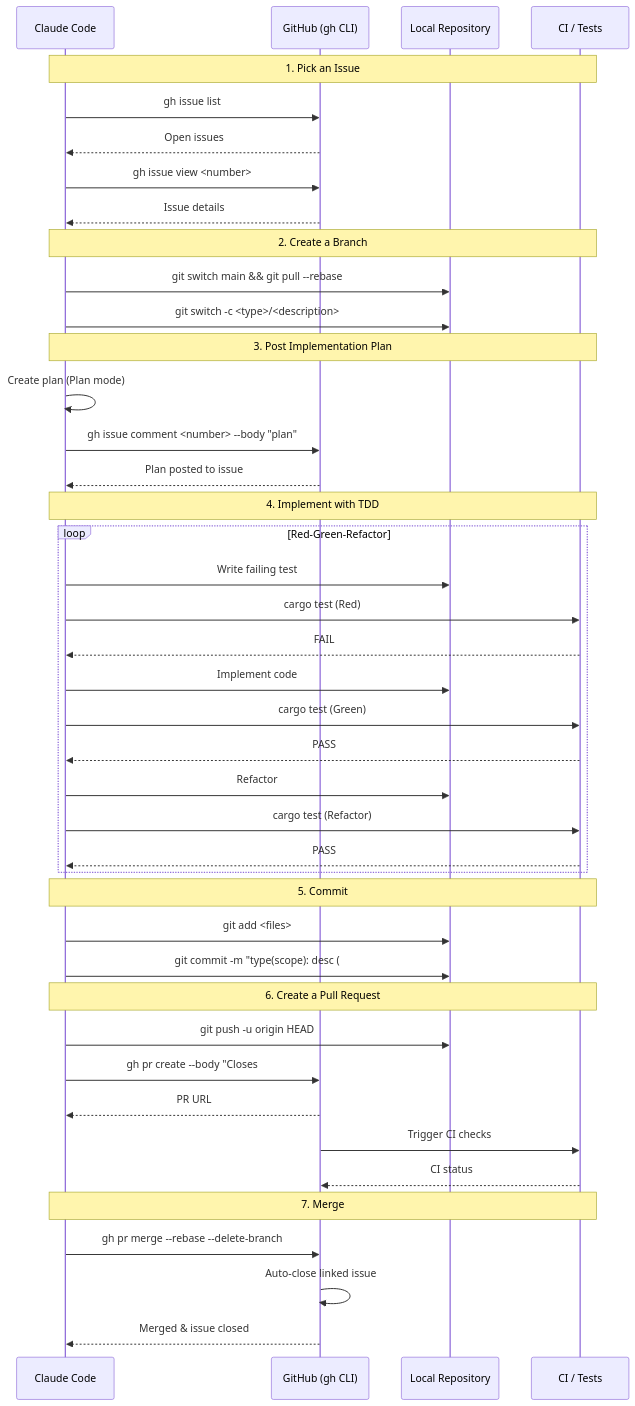
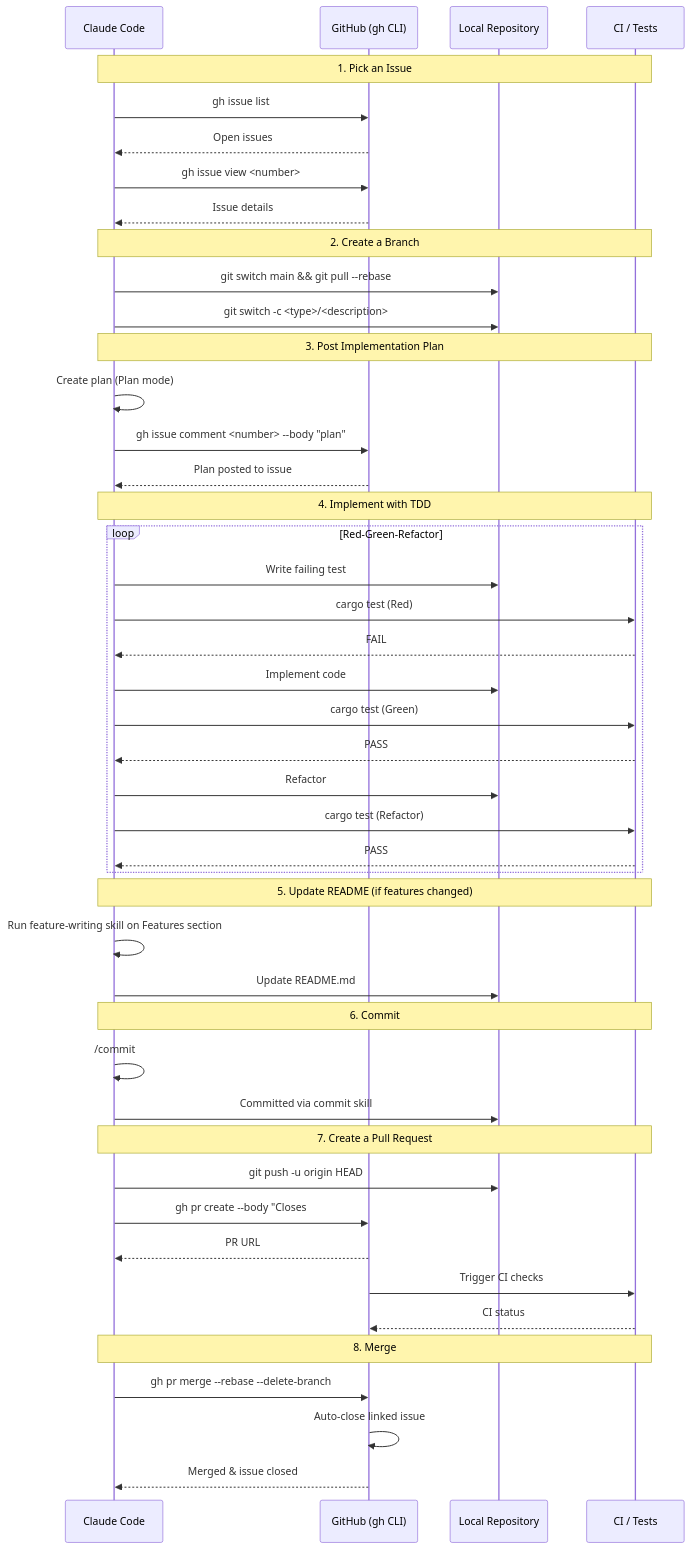
Before and after one commit to sotayamashita/todo-scan: the diagram in docs/DEVELOPMENT_WORKFLOW.md, drawn with Mermaid. The commit also changed other lines of this file, not shown here.

First line of the commit message:
docs(workflow): add README step and /commit usage (#14)

````diff
--- a/docs/DEVELOPMENT_WORKFLOW.md
+++ b/docs/DEVELOPMENT_WORKFLOW.md
@@ -7,51 +7,55 @@
 ```mermaid
 sequenceDiagram
     participant Dev as Claude Code
     participant GH as GitHub (gh CLI)
     participant Repo as Local Repository
     participant CI as CI / Tests
 
     Note over Dev,CI: 1. Pick an Issue
     Dev->>GH: gh issue list
     GH-->>Dev: Open issues
     Dev->>GH: gh issue view <number>
     GH-->>Dev: Issue details
 
     Note over Dev,CI: 2. Create a Branch
     Dev->>Repo: git switch main && git pull --rebase
     Dev->>Repo: git switch -c <type>/<description>
 
     Note over Dev,CI: 3. Post Implementation Plan
     Dev->>Dev: Create plan (Plan mode)
     Dev->>GH: gh issue comment <number> --body "plan"
     GH-->>Dev: Plan posted to issue
 
     Note over Dev,CI: 4. Implement with TDD
     loop Red-Green-Refactor
         Dev->>Repo: Write failing test
         Dev->>CI: cargo test (Red)
         CI-->>Dev: FAIL
         Dev->>Repo: Implement code
         Dev->>CI: cargo test (Green)
         CI-->>Dev: PASS
         Dev->>Repo: Refactor
         Dev->>CI: cargo test (Refactor)
         CI-->>Dev: PASS
     end
 
-    Note over Dev,CI: 5. Commit
-    Dev->>Repo: git add <files>
-    Dev->>Repo: git commit -m "type(scope): desc (#N)"
+    Note over Dev,CI: 5. Update README (if features changed)
+    Dev->>Dev: Run feature-writing skill on Features section
+    Dev->>Repo: Update README.md
 
-    Note over Dev,CI: 6. Create a Pull Request
+    Note over Dev,CI: 6. Commit
+    Dev->>Dev: /commit
+    Dev->>Repo: Committed via commit skill
+
+    Note over Dev,CI: 7. Create a Pull Request
     Dev->>Repo: git push -u origin HEAD
     Dev->>GH: gh pr create --body "Closes #N"
     GH-->>Dev: PR URL
     GH->>CI: Trigger CI checks
     CI-->>GH: CI status
 
-    Note over Dev,CI: 7. Merge
+    Note over Dev,CI: 8. Merge
     Dev->>GH: gh pr merge --rebase --delete-branch
     GH->>GH: Auto-close linked issue
     GH-->>Dev: Merged & issue closed
 ```
````
